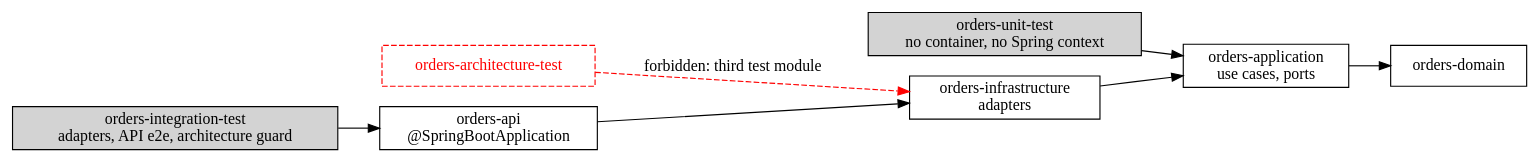
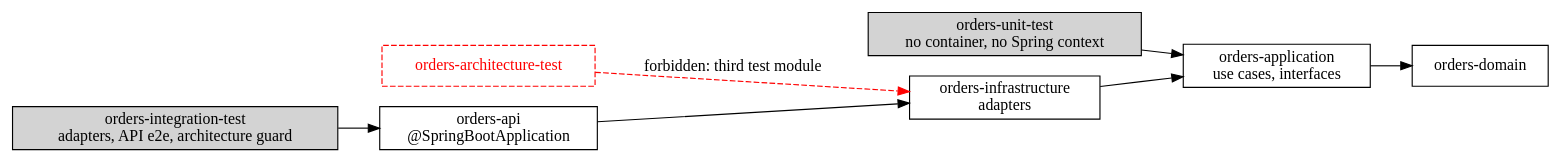
Before and after one commit to SebastienDegodez/skraft-plugin: the diagram in plugins/skraft-framework/skills/clean-architecture-testing/references/examples-java.md, drawn with Graphviz. The commit also changed 17 other files, not shown here.

First line of the commit message:
refactor(agents): use Clean Architecture vocabulary instead of ports and adapters

````diff
--- a/plugins/skraft-framework/skills/clean-architecture-testing/references/examples-java.md
+++ b/plugins/skraft-framework/skills/clean-architecture-testing/references/examples-java.md
@@ -5,18 +5,18 @@
 ```dot
 digraph maven_modules {
     rankdir=LR;
     node [shape=box];
     api [label="orders-api\n@SpringBootApplication"];
     infra [label="orders-infrastructure\nadapters"];
-    app [label="orders-application\nuse cases, ports"];
+    app [label="orders-application\nuse cases, interfaces"];
     domain [label="orders-domain"];
     unit [label="orders-unit-test\nno container, no Spring context", style=filled];
     it [label="orders-integration-test\nadapters, API e2e, architecture guard", style=filled];
     third [label="orders-architecture-test", style=dashed, fontcolor=red, color=red];
 
     api -> infra -> app -> domain;
     unit -> app;
     it -> api;
     third -> infra [style=dashed, color=red, label="forbidden: third test module"];
 }
 ```
````
